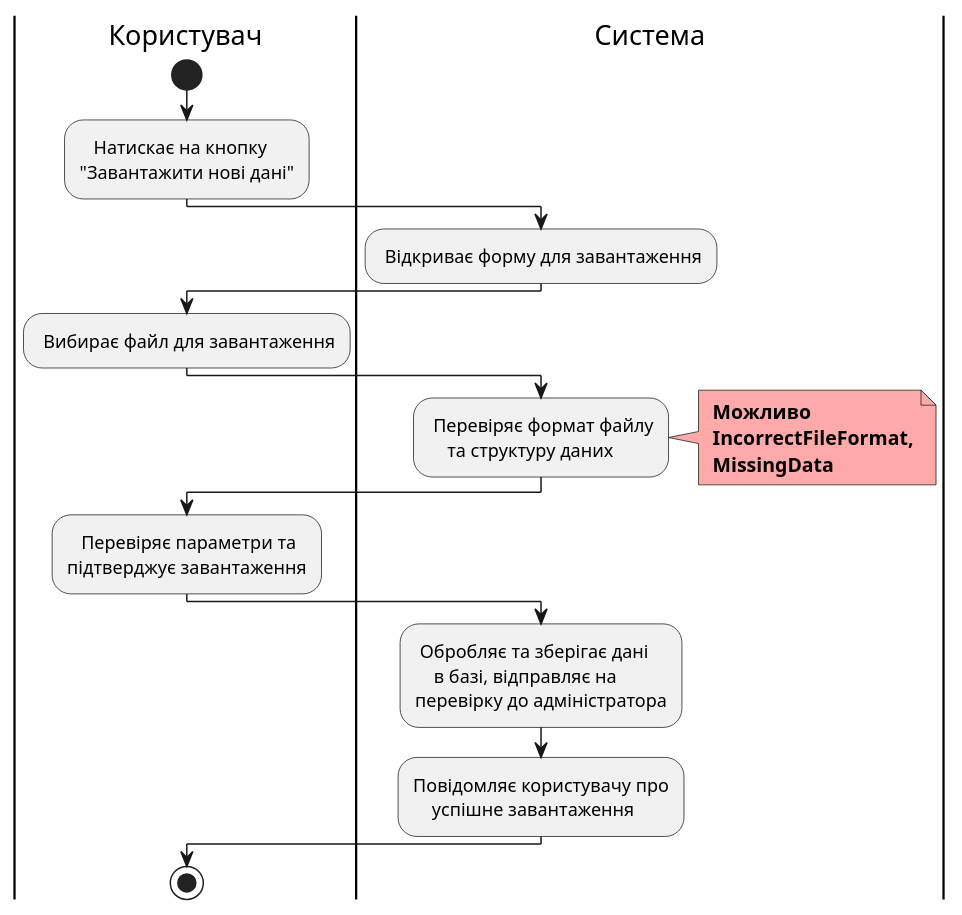
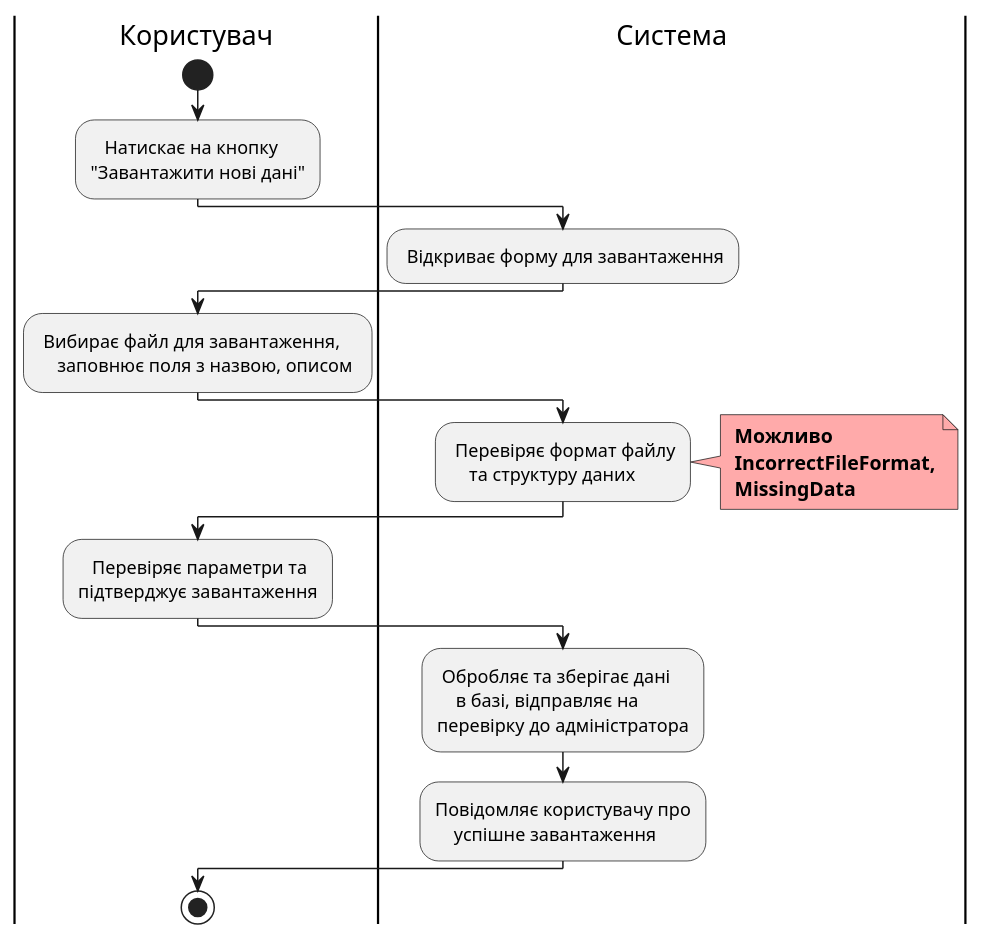
One commit to dimatortik/db-course-theme2 changed the diagram in docs/use cases/puml/use-case-11.puml. Above: the diagram before and after it, drawn with PlantUML. The commit also changed 7 other files, not shown here.

```diff
--- a/docs/use cases/puml/use-case-11.puml
+++ b/docs/use cases/puml/use-case-11.puml
@@ -8,30 +8,31 @@
 @startuml
     |Користувач|
         start
         :   Натискає на кнопку 
         "Завантажити нові дані";
     |Система|
         : Відкриває форму для завантаження;
     |Користувач|
-        : Вибирає файл для завантаження;
+        : Вибирає файл для завантаження, 
+            заповнює поля з назвою, описом ;
     |Система|
         : Перевіряє формат файлу
             та структуру даних;
         note right #ffaaaa
         <b> Можливо
         <b> IncorrectFileFormat,
         <b> MissingData
         end note
     |Користувач|
         :   Перевіряє параметри та 
         підтверджує завантаження;
     |Система|
         : Обробляє та зберігає дані 
             в базі, відправляє на 
         перевірку до адміністратора;
         :Повідомляє користувачу про 
             успішне завантаження;
     |Користувач|
         stop;
 
 @enduml
```
